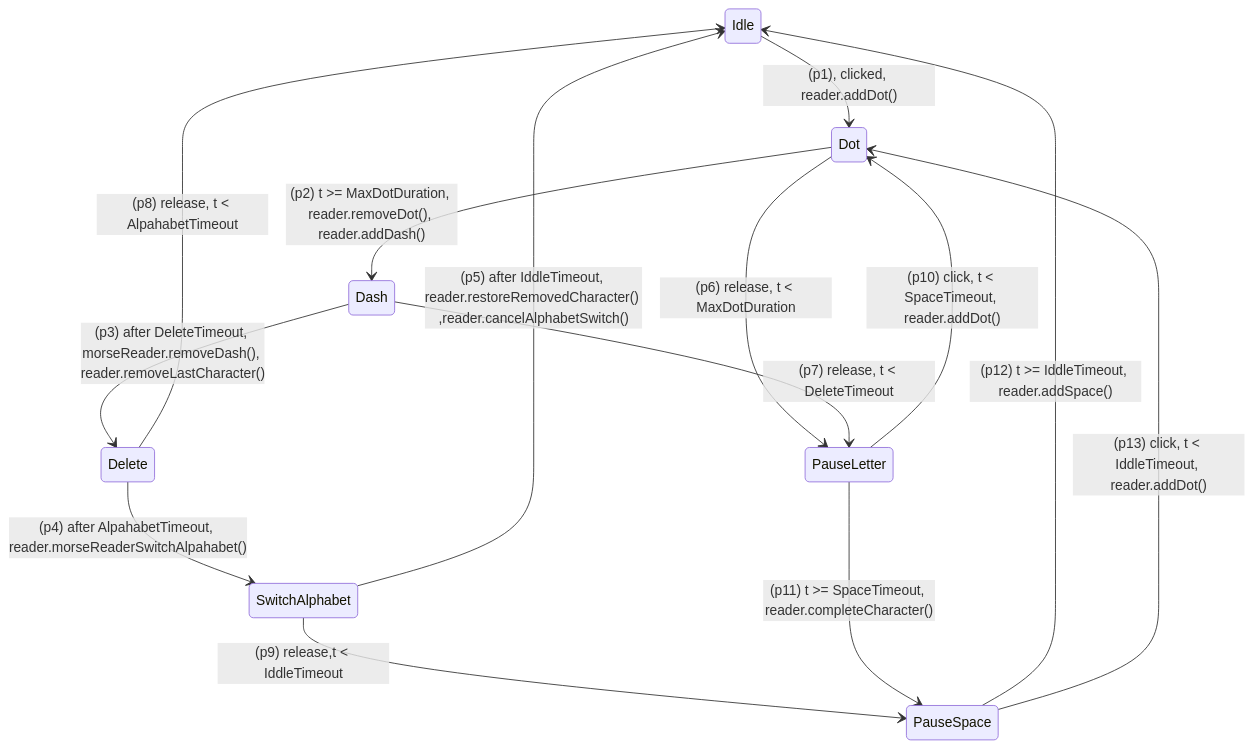
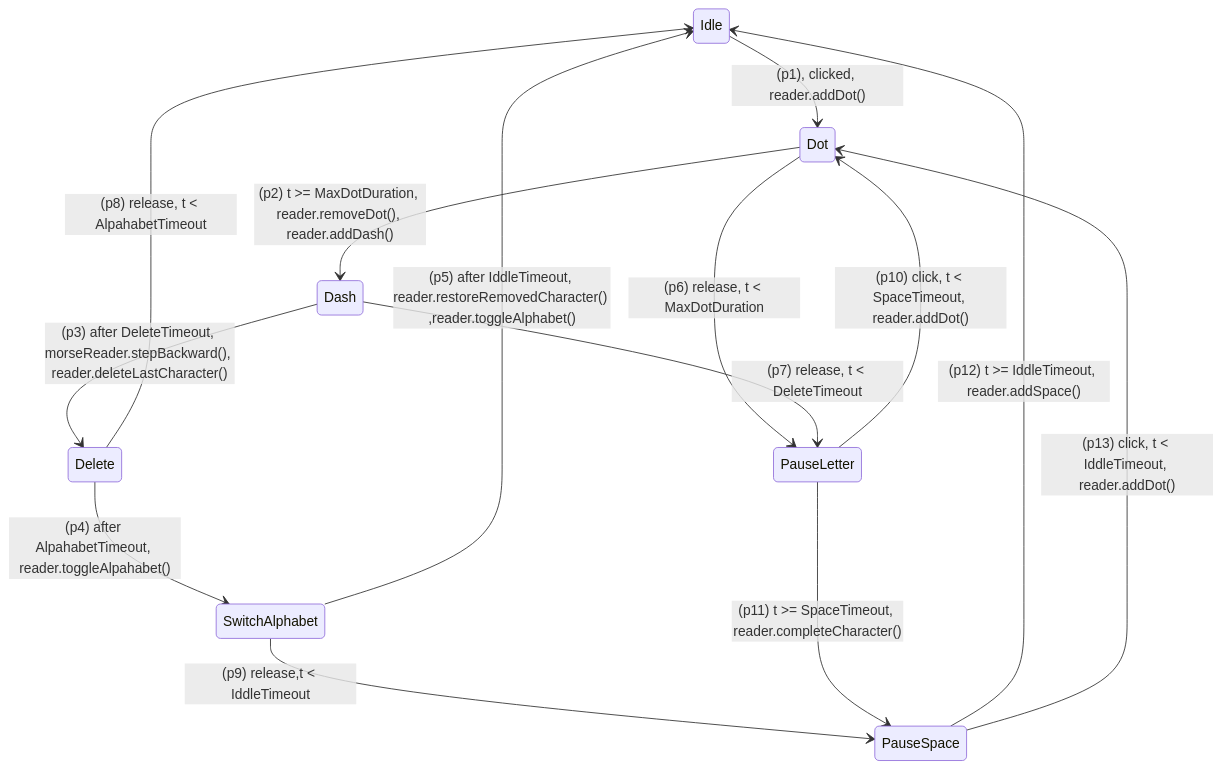
Before and after one commit to maxistar/morsetrainer-site: the first of 2 diagrams in readme.md, drawn with Mermaid. The commit also changed 4 other files, not shown here.

````diff
--- a/readme.md
+++ b/readme.md
@@ -20,30 +20,30 @@
 ```mermaid
 
 stateDiagram
     Idle --> Dot: (p1), clicked, reader.addDot()
     
     Dot --> Dash: (p2) t >= MaxDotDuration, reader.removeDot(), reader.addDash()
 
-    Dash --> Delete: (p3) after DeleteTimeout, morseReader.removeDash(), reader.removeLastCharacter()
+    Dash --> Delete: (p3) after DeleteTimeout, morseReader.stepBackward(), reader.deleteLastCharacter()
     
-    Delete --> SwitchAlphabet: (p4) after AlpahabetTimeout, reader.morseReaderSwitchAlpahabet()
+    Delete --> SwitchAlphabet: (p4) after AlpahabetTimeout, reader.toggleAlpahabet()
     
-    SwitchAlphabet --> Idle: (p5) after IddleTimeout, reader.restoreRemovedCharacter() ,reader.cancelAlphabetSwitch()
+    SwitchAlphabet --> Idle: (p5) after IddleTimeout, reader.restoreRemovedCharacter() ,reader.toggleAlphabet()
     
     Dot --> PauseLetter: (p6) release, t < MaxDotDuration
     
     Dash --> PauseLetter: (p7) release, t < DeleteTimeout
 
     Delete --> Idle: (p8) release, t < AlpahabetTimeout
 
     SwitchAlphabet --> PauseSpace: (p9) release,t < IddleTimeout
 
     PauseLetter --> Dot: (p10) click, t < SpaceTimeout, reader.addDot()
 
     PauseLetter --> PauseSpace: (p11) t >= SpaceTimeout, reader.completeCharacter()
     
     PauseSpace --> Idle: (p12) t >= IddleTimeout, reader.addSpace()
     
     PauseSpace --> Dot: (p13) click, t < IddleTimeout, reader.addDot()
 
 ```
````
